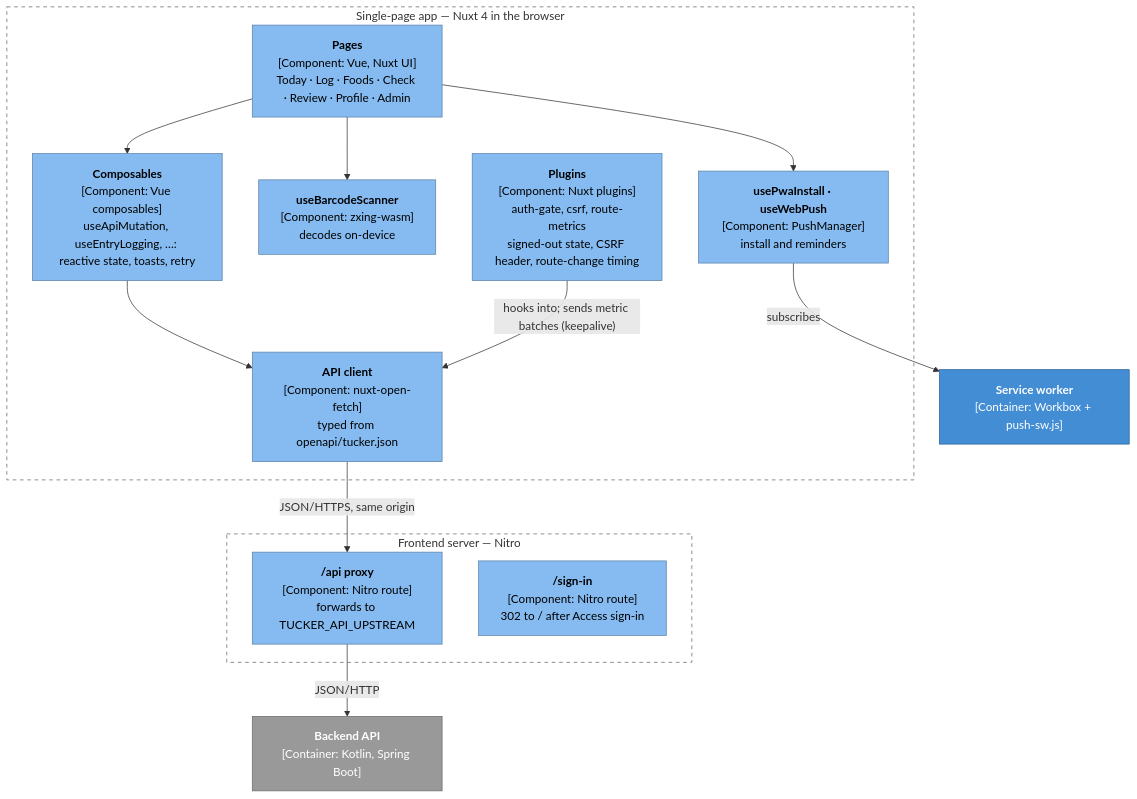
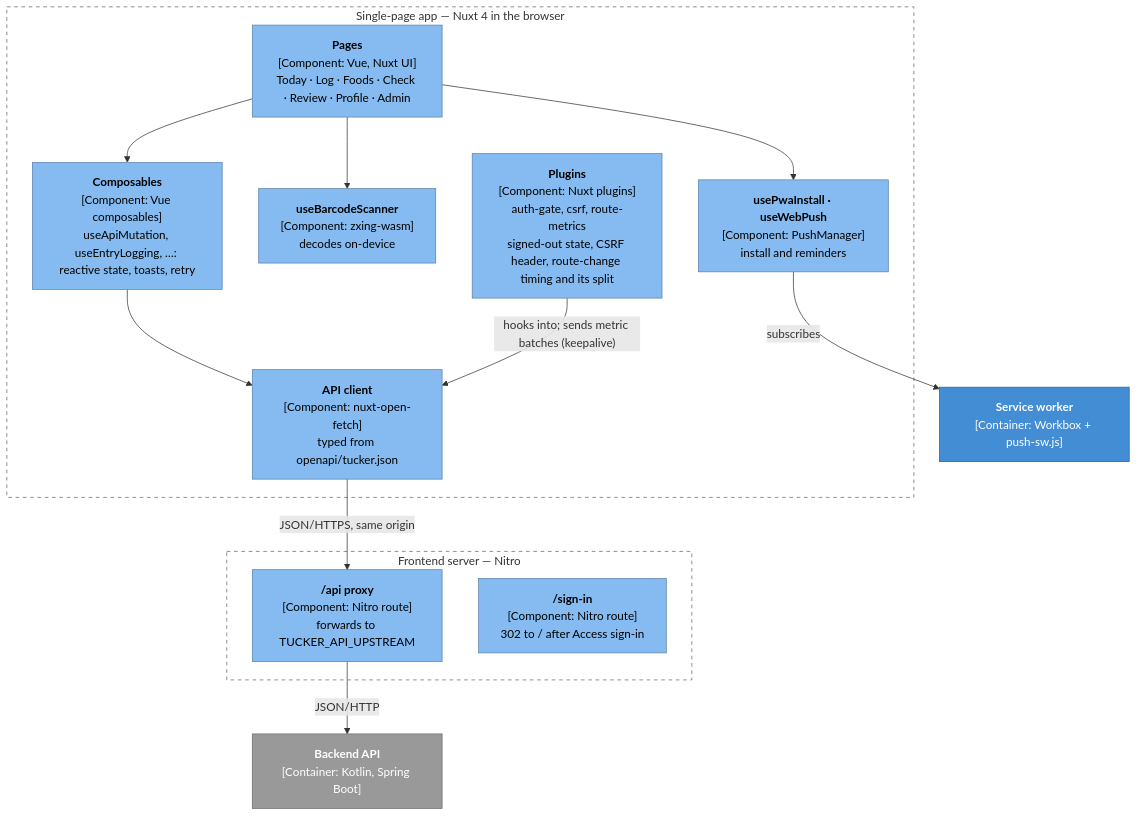
The eighth of 10 diagrams in docs/architecture.md (skrymer/tucker), drawn with Mermaid before and after one commit. The commit also changed other lines of this file and 34 other files, not shown here.

````diff
--- a/docs/architecture.md
+++ b/docs/architecture.md
@@ -340,33 +342,33 @@
 ```mermaid
 flowchart TD
   subgraph spa["Single-page app — Nuxt 4 in the browser"]
     pages["<b>Pages</b><br/>[Component: Vue, Nuxt UI]<br/>Today · Log · Foods · Check · Review · Profile · Admin"]:::component
     composables["<b>Composables</b><br/>[Component: Vue composables]<br/>useApiMutation, useEntryLogging, …: reactive state, toasts, retry"]:::component
     scanner["<b>useBarcodeScanner</b><br/>[Component: zxing-wasm]<br/>decodes on-device"]:::component
     pwa["<b>usePwaInstall · useWebPush</b><br/>[Component: PushManager]<br/>install and reminders"]:::component
-    plugins["<b>Plugins</b><br/>[Component: Nuxt plugins]<br/>auth-gate, csrf, route-metrics<br/>signed-out state, CSRF header, route-change timing"]:::component
+    plugins["<b>Plugins</b><br/>[Component: Nuxt plugins]<br/>auth-gate, csrf, route-metrics<br/>signed-out state, CSRF header, route-change timing and its split"]:::component
     client["<b>API client</b><br/>[Component: nuxt-open-fetch]<br/>typed from openapi/tucker.json"]:::component
   end
   sw["<b>Service worker</b><br/>[Container: Workbox + push-sw.js]"]:::container
 
   subgraph nitro["Frontend server — Nitro"]
     proxy["<b>/api proxy</b><br/>[Component: Nitro route]<br/>forwards to TUCKER_API_UPSTREAM"]:::component
     signin["<b>/sign-in</b><br/>[Component: Nitro route]<br/>302 to / after Access sign-in"]:::component
   end
   api["<b>Backend API</b><br/>[Container: Kotlin, Spring Boot]"]:::ext
 
   pages --> composables
   pages --> scanner
   pages --> pwa
   composables --> client
   plugins -- "hooks into; sends metric batches (keepalive)" --> client
   client -- "JSON/HTTPS, same origin" --> proxy
   proxy -- "JSON/HTTP" --> api
   pwa -- "subscribes" --> sw
 
   classDef component fill:#85bbf0,color:#000,stroke:#5d82a8
   classDef container fill:#438dd5,color:#fff,stroke:#2e6295
   classDef ext fill:#999,color:#fff,stroke:#6b6b6b
   style spa fill:none,stroke:#666,stroke-dasharray:5 5
   style nitro fill:none,stroke:#666,stroke-dasharray:5 5
 ```
````
